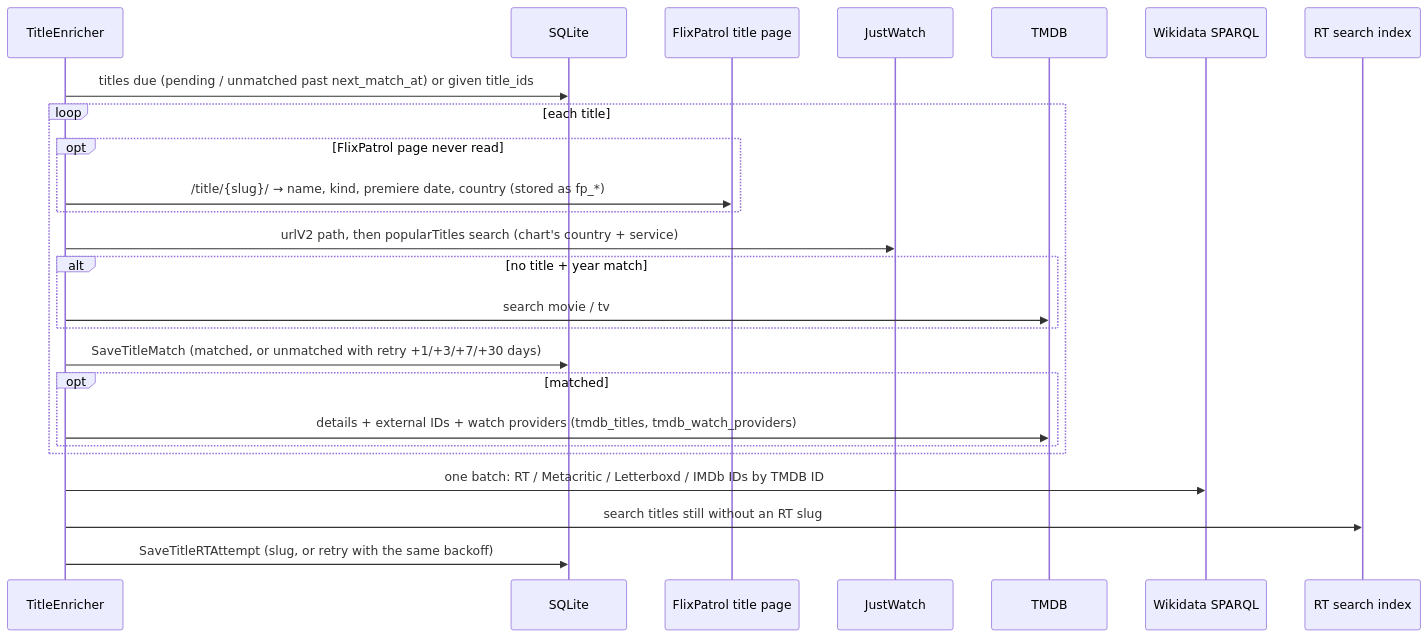
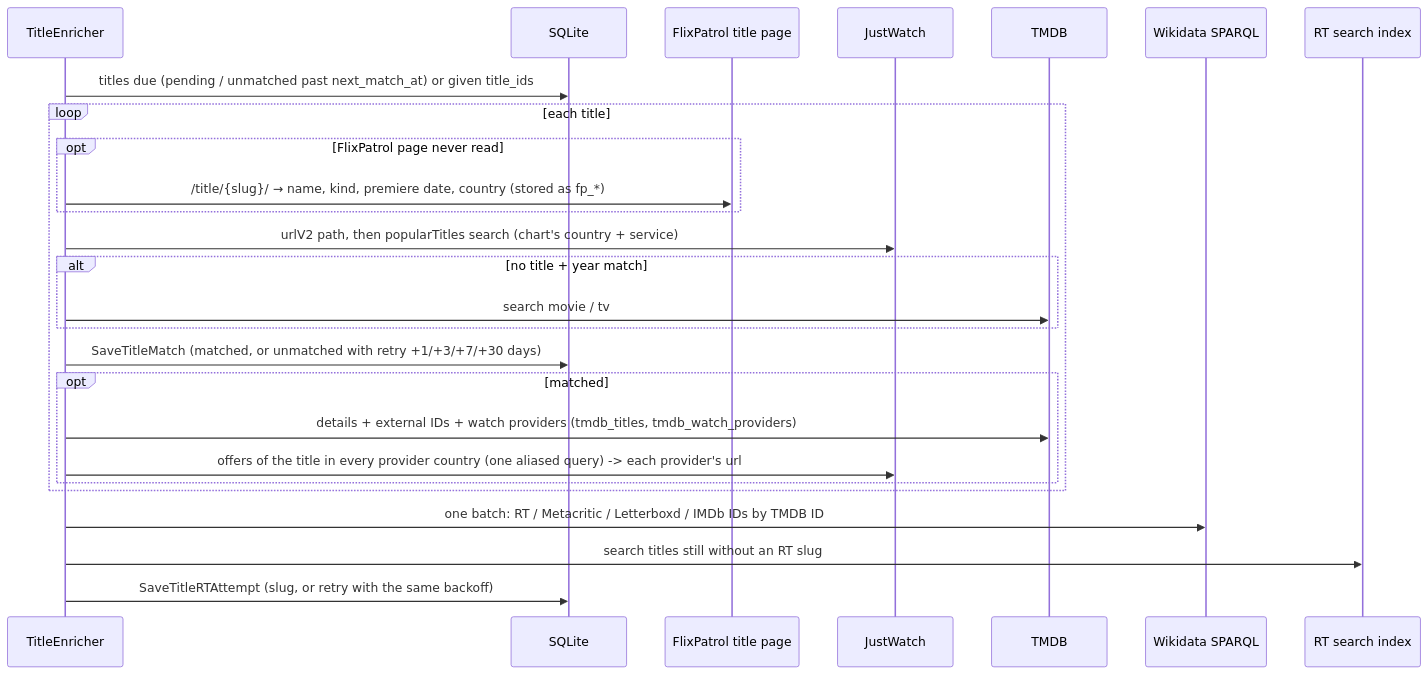
The fourth of 8 diagrams in docs/architecture.md (bugsbunny-25/metareel), drawn with Mermaid before and after one commit. The commit also changed other lines of this file and 19 other files, not shown here.

First line of the commit message:
Add each watch provider's link to the title on the service

````diff
--- a/docs/architecture.md
+++ b/docs/architecture.md
@@ -311,28 +311,29 @@
 ```mermaid
 sequenceDiagram
     participant E as TitleEnricher
     participant DB as SQLite
     participant FP as FlixPatrol title page
     participant JW as JustWatch
     participant TMDB
     participant WD as Wikidata SPARQL
     participant RT as RT search index
 
     E->>DB: titles due (pending / unmatched past next_match_at) or given title_ids
     loop each title
         opt FlixPatrol page never read
             E->>FP: /title/{slug}/ → name, kind, premiere date, country (stored as fp_*)
         end
         E->>JW: urlV2 path, then popularTitles search (chart's country + service)
         alt no title + year match
             E->>TMDB: search movie / tv
         end
         E->>DB: SaveTitleMatch (matched, or unmatched with retry +1/+3/+7/+30 days)
         opt matched
             E->>TMDB: details + external IDs + watch providers (tmdb_titles, tmdb_watch_providers)
+            E->>JW: offers of the title in every provider country (one aliased query) -> each provider's url
         end
     end
     E->>WD: one batch: RT / Metacritic / Letterboxd / IMDb IDs by TMDB ID
     E->>RT: search titles still without an RT slug
     E->>DB: SaveTitleRTAttempt (slug, or retry with the same backoff)
 ```
````
